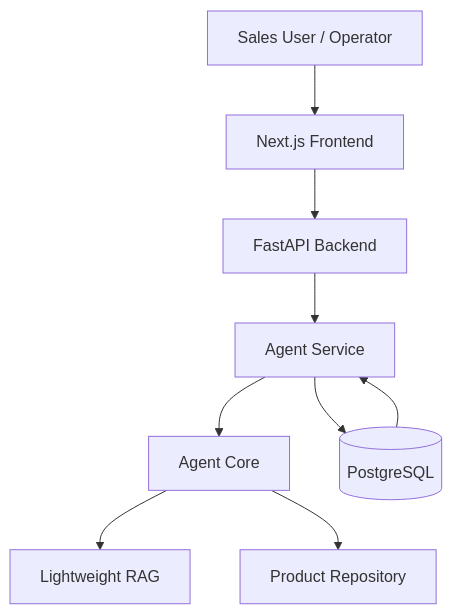
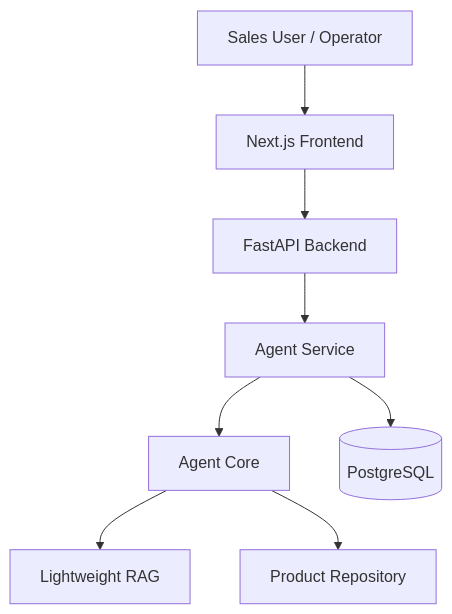
One commit to orrin900-lab/industrial-automation-inquiry-agent changed the first of 2 diagrams in docs/architecture.md. Above: the diagram before and after it, drawn with Mermaid. The commit also changed other lines of this file and 24 other files, not shown here.

````diff
--- a/docs/architecture.md
+++ b/docs/architecture.md
@@ -5,11 +5,10 @@
 ```mermaid
 flowchart TD
-    U[Sales User / Operator] --> F[Next.js Frontend]
-    F --> B[FastAPI Backend]
-    B --> S[Agent Service]
-    S --> A[Agent Core]
-    A --> R[Lightweight RAG]
-    A --> P[Product Repository]
-    S --> DB[(PostgreSQL)]
-    DB --> S
+    U["Sales User / Operator"] --> F["Next.js Frontend"]
+    F --> B["FastAPI Backend"]
+    B --> S["Agent Service"]
+    S --> A["Agent Core"]
+    A --> R["Lightweight RAG"]
+    A --> P["Product Repository"]
+    S --> DB[("PostgreSQL")]
 ```
````
